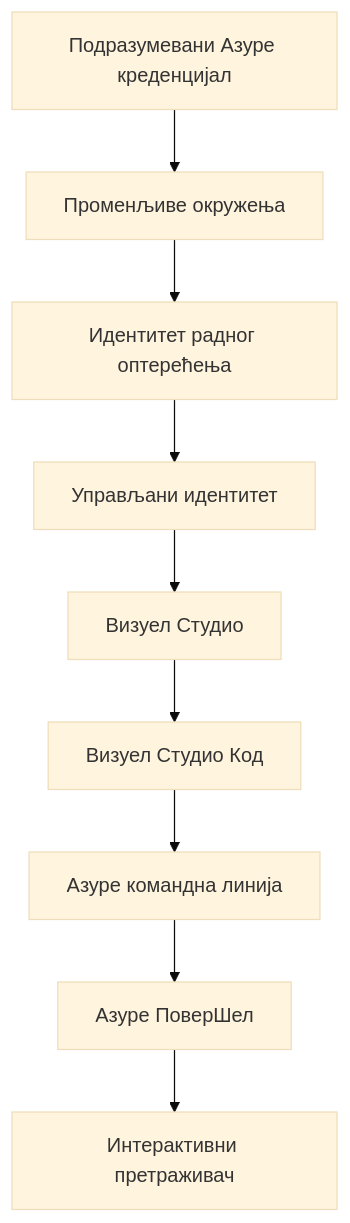
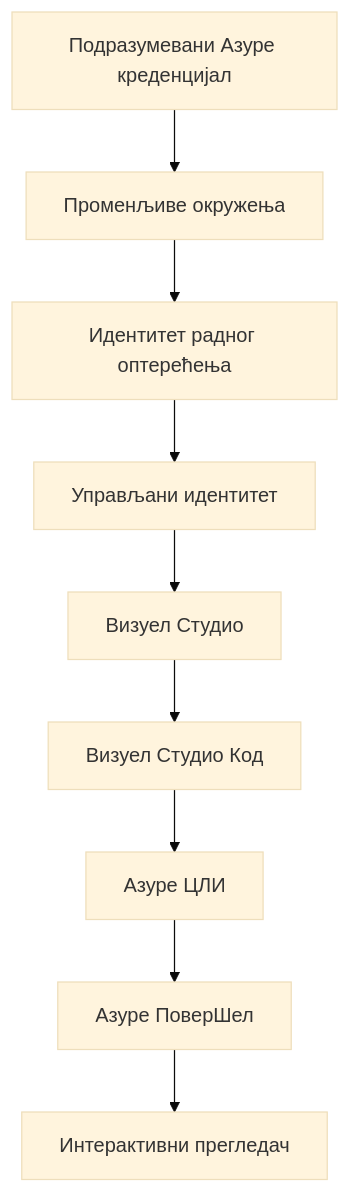
One commit to microsoft/AZD-for-beginners changed the second of 2 diagrams in translations/sr/docs/chapter-01-foundation/azd-basics.md. Above: the diagram before and after it, drawn with Mermaid (base theme). The commit also changed other lines of this file and 101 other files, not shown here.

````diff
--- a/translations/sr/docs/chapter-01-foundation/azd-basics.md
+++ b/translations/sr/docs/chapter-01-foundation/azd-basics.md
@@ -593,11 +592,11 @@
 ```mermaid
 graph TD
     A[Подразумевани Азуре креденцијал] --> B[Променљиве окружења]
     B --> C[Идентитет радног оптерећења]
     C --> D[Управљани идентитет]
     D --> E[Визуел Студио]
     E --> F[Визуел Студио Код]
-    F --> G[Азуре командна линија]
+    F --> G[Азуре ЦЛИ]
     G --> H[Азуре ПоверШел]
-    H --> I[Интерактивни претраживач]
+    H --> I[Интерактивни прегледач]
 ```
````
